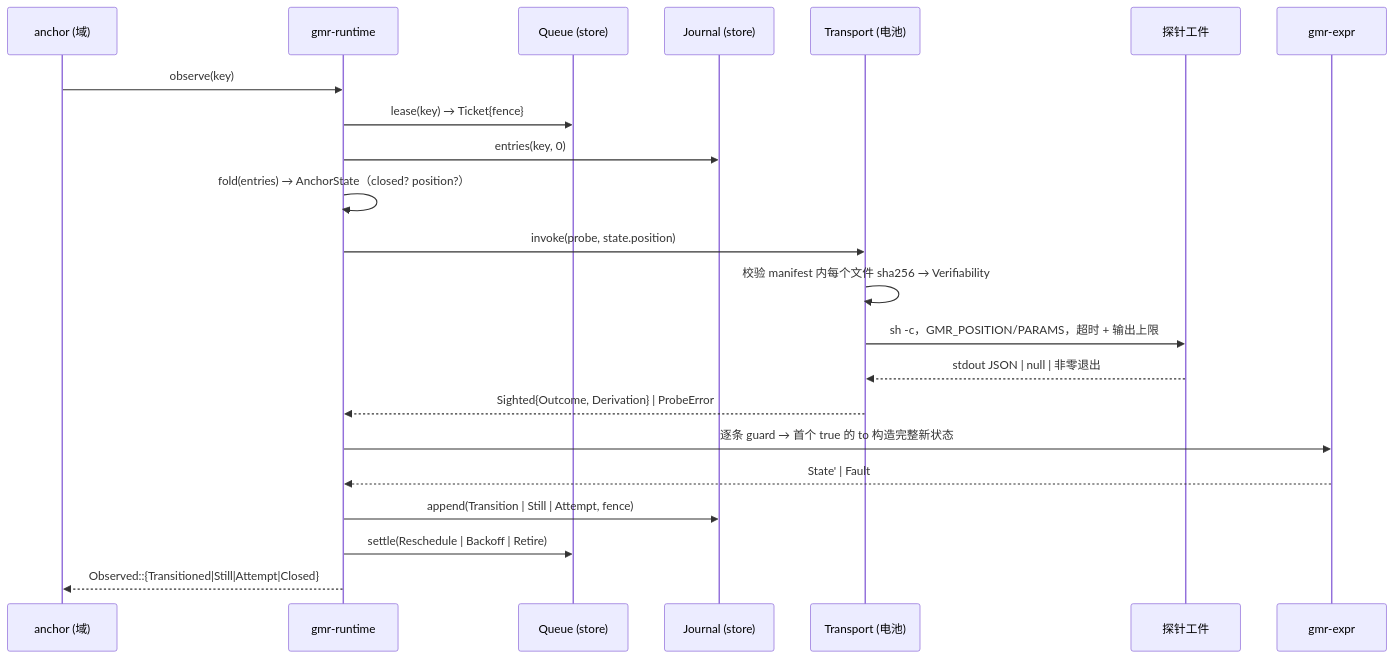
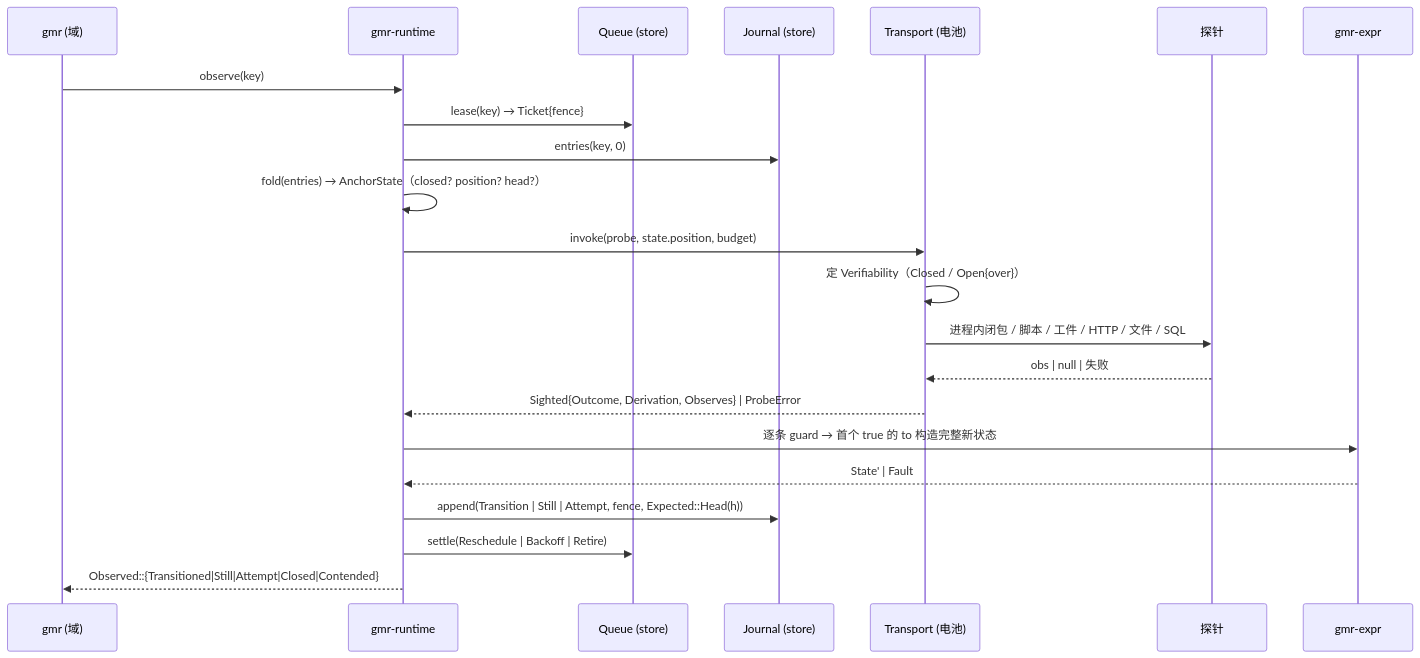
Before and after one commit to Anchorstate-Lab/GMR: the third of 4 diagrams in docs/architect.md, drawn with Mermaid. The commit also changed other lines of this file and 3 other files, not shown here.

````diff
--- a/docs/architect.md
+++ b/docs/architect.md
@@ -138,25 +159,25 @@
 ```mermaid
 sequenceDiagram
-    participant CLI as anchor (域)
+    participant CLI as gmr (域)
     participant RT as gmr-runtime
     participant Q as Queue (store)
     participant J as Journal (store)
     participant T as Transport (电池)
-    participant P as 探针工件
+    participant P as 探针
     participant E as gmr-expr
 
     CLI->>RT: observe(key)
     RT->>Q: lease(key) → Ticket{fence}
     RT->>J: entries(key, 0)
-    RT->>RT: fold(entries) → AnchorState（closed? position?）
-    RT->>T: invoke(probe, state.position)
-    T->>T: 校验 manifest 内每个文件 sha256 → Verifiability
-    T->>P: sh -c，GMR_POSITION/PARAMS，超时 + 输出上限
-    P-->>T: stdout JSON | null | 非零退出
-    T-->>RT: Sighted{Outcome, Derivation} | ProbeError
+    RT->>RT: fold(entries) → AnchorState（closed? position? head?）
+    RT->>T: invoke(probe, state.position, budget)
+    T->>T: 定 Verifiability（Closed / Open{over}）
+    T->>P: 进程内闭包 / 脚本 / 工件 / HTTP / 文件 / SQL
+    P-->>T: obs | null | 失败
+    T-->>RT: Sighted{Outcome, Derivation, Observes} | ProbeError
     RT->>E: 逐条 guard → 首个 true 的 to 构造完整新状态
     E-->>RT: State' | Fault
-    RT->>J: append(Transition | Still | Attempt, fence)
+    RT->>J: append(Transition | Still | Attempt, fence, Expected::Head(h))
     RT->>Q: settle(Reschedule | Backoff | Retire)
-    RT-->>CLI: Observed::{Transitioned|Still|Attempt|Closed}
+    RT-->>CLI: Observed::{Transitioned|Still|Attempt|Closed|Contended}
 ```
````
